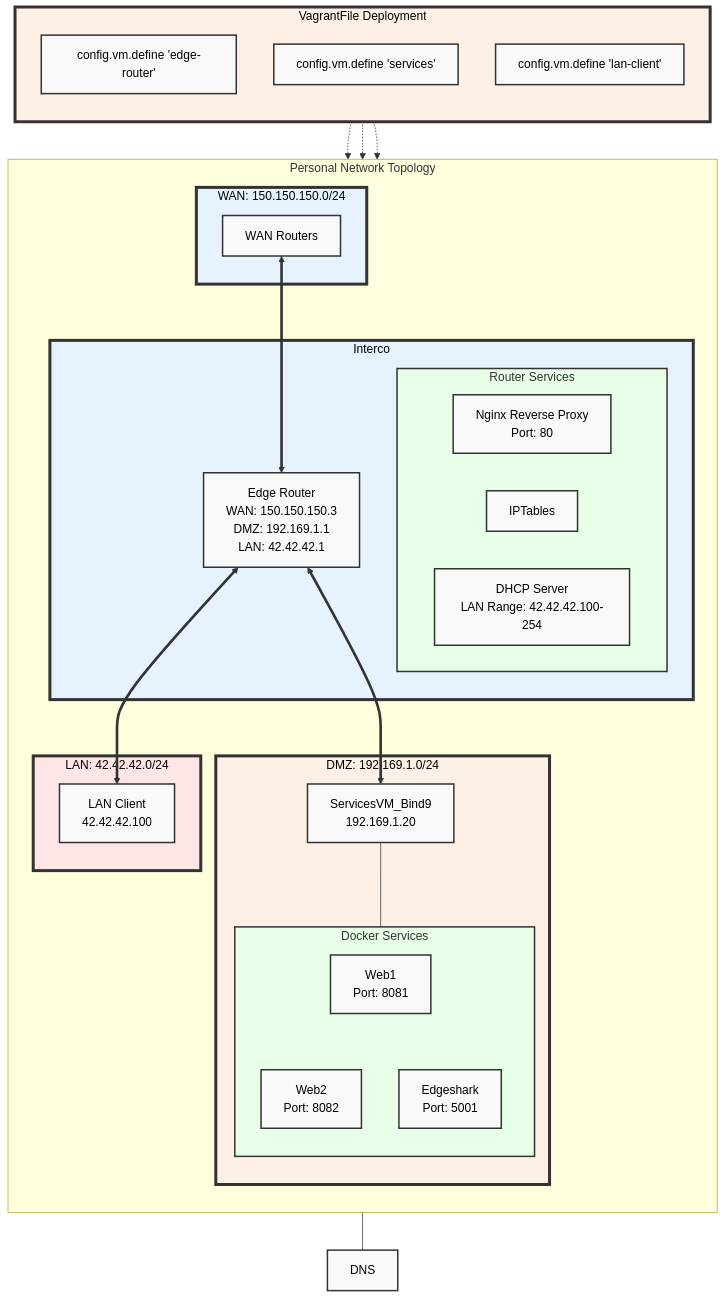
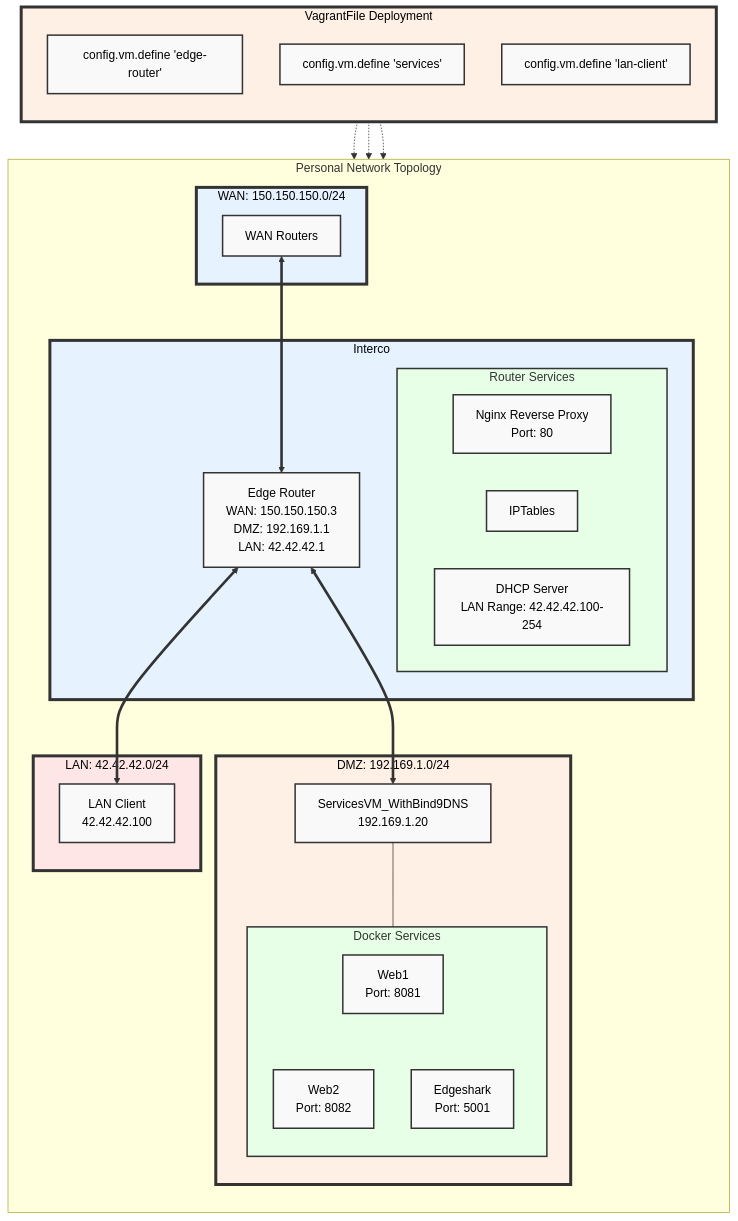
Before and after one commit to P4C-M4N/projet_reseau: the diagram in README-Yoann.md, drawn with Mermaid.

````diff
--- a/README-Yoann.md
+++ b/README-Yoann.md
@@ -50,60 +50,60 @@
 ```mermaid
 graph TB
     subgraph VagrantFile[VagrantFile Deployment]
         direction TB
         style VagrantFile fill:#fff0e6,stroke:#333,stroke-width:4px
         VF1["config.vm.define 'edge-router'"]
         VF2["config.vm.define 'services'"]
         VF3["config.vm.define 'lan-client'"]
     end
 
     subgraph PersonalNetwork[Personal Network Topology]
         direction TB
         subgraph WAN[WAN: 150.150.150.0/24]
             style WAN fill:#e6f3ff,stroke:#333,stroke-width:4px
             WANRouter[WAN Routers]
         end
 
         subgraph Interco[Interco]
             style Interco fill:#e6f3ff,stroke:#333,stroke-width:4px
             EdgeRouter[Edge Router<br>WAN: 150.150.150.3<br>DMZ: 192.169.1.1<br>LAN: 42.42.42.1]
             subgraph RouterServices[Router Services]
                 style RouterServices fill:#e6ffe6,stroke:#333,stroke-width:2px
                 NginxProxy["Nginx Reverse Proxy<br>Port: 80"]
                 IPTables["IPTables"]
                 DHCP["DHCP Server<br>LAN Range: 42.42.42.100-254"]
             end
         end
 
         subgraph DMZ[DMZ: 192.169.1.0/24]
             style DMZ fill:#fff0e6,stroke:#333,stroke-width:4px
-            Services[ServicesVM_Bind9<br>192.169.1.20]
+            Services[ServicesVM_WithBind9DNS<br>192.169.1.20]
             subgraph DockerServices[Docker Services]
                 style DockerServices fill:#e6ffe6,stroke:#333,stroke-width:2px
                 Web1["Web1<br>Port: 8081"]
                 Web2["Web2<br>Port: 8082"]
                 Edgeshark["Edgeshark<br>Port: 5001"]
             end
         end
 
         subgraph LAN[LAN: 42.42.42.0/24]
             style LAN fill:#ffe6e6,stroke:#333,stroke-width:4px
             Client[LAN Client<br>42.42.42.100]
         end
     end
 
     WANRouter <==> EdgeRouter
     EdgeRouter <==> Client
     EdgeRouter <==> Services
     Services --- DockerServices
-    DockerServices --- Web1 & Web2 & Edgeshark & DNS
+    DockerServices --- Web1 & Web2 & Edgeshark
     VF1 -.-> EdgeRouter
     VF2 -.-> Services
     VF3 -.-> Client
 
     classDef default fill:#f9f9f9,stroke:#333,stroke-width:2px,color:black;
     classDef vagrantFile fill:#fff0e6,stroke:#333,stroke-width:4px,color:black;
     
     class DMZ,LAN,WAN default;
     class VagrantFile,Interco default;
 ```
````
